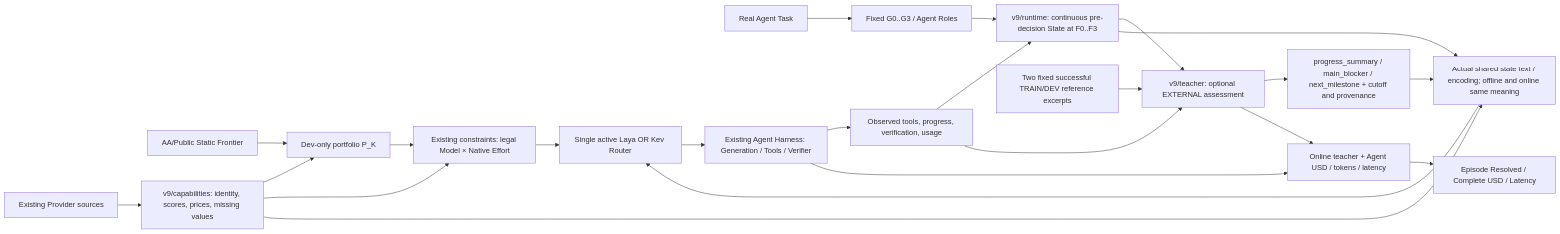
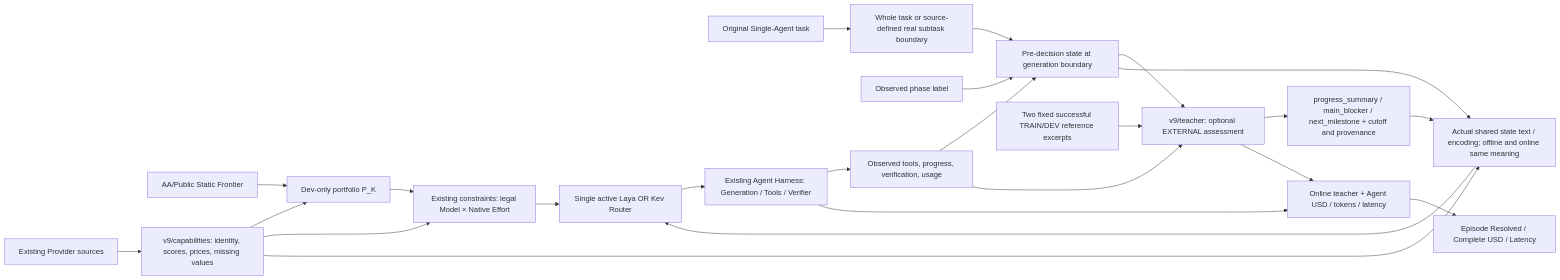
One commit to sxyq/modelrouter changed the diagram in 汇报/汇报三/ModelRouter论文实验与图表规划.md. Above: the diagram before and after it, drawn with Mermaid. The commit also changed other lines of this file and 157 other files, not shown here.

Commit message:
refactor: unify V9 single-agent execution and GLM capability inputs

````diff
--- a/汇报/汇报三/ModelRouter论文实验与图表规划.md
+++ b/汇报/汇报三/ModelRouter论文实验与图表规划.md
@@ -143,25 +147,26 @@
 ```mermaid
 flowchart LR
   PUB["AA/Public Static Frontier"] --> SELECT["Dev-only portfolio P_K"]
   PDATA["Existing Provider sources"] --> CAP["v9/capabilities: identity, scores, prices, missing values"]
   CAP --> SELECT
   CAP --> LEGAL["Existing constraints: legal Model × Native Effort"]
   SELECT --> LEGAL
-  TASK["Real Agent Task"] --> G["Fixed G0..G3 / Agent Roles"]
-  G --> SNAP["v9/runtime: continuous pre-decision State at F0..F3"]
+  TASK["Original Single-Agent task"] --> G["Whole task or source-defined real subtask boundary"]
+  STAGE["Observed phase label"] --> SNAP["Pre-decision state at generation boundary"]
+  G --> SNAP
   EXEC["Existing Agent Harness: Generation / Tools / Verifier"] --> HIST["Observed tools, progress, verification, usage"]
   HIST --> SNAP
   REF["Two fixed successful TRAIN/DEV reference excerpts"] --> JUDGE["v9/teacher: optional EXTERNAL assessment"]
   HIST --> JUDGE
   SNAP --> JUDGE
   JUDGE --> SHORT["progress_summary / main_blocker / next_milestone + cutoff and provenance"]
   SHORT --> ENCODE["Actual shared state text / encoding; offline and online same meaning"]
   SNAP --> ENCODE
   CAP --> ENCODE
   ENCODE --> ROUTER["Single active Laya OR Kev Router"]
   LEGAL --> ROUTER
   ROUTER --> EXEC
   JUDGE --> COST["Online teacher + Agent USD / tokens / latency"]
   EXEC --> COST
   COST --> OUT["Episode Resolved / Complete USD / Latency"]
 ```
````
